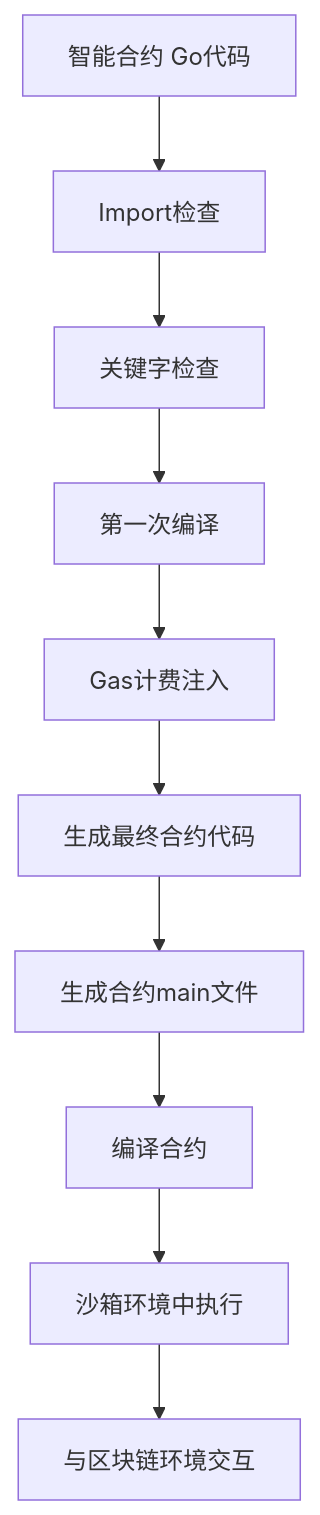
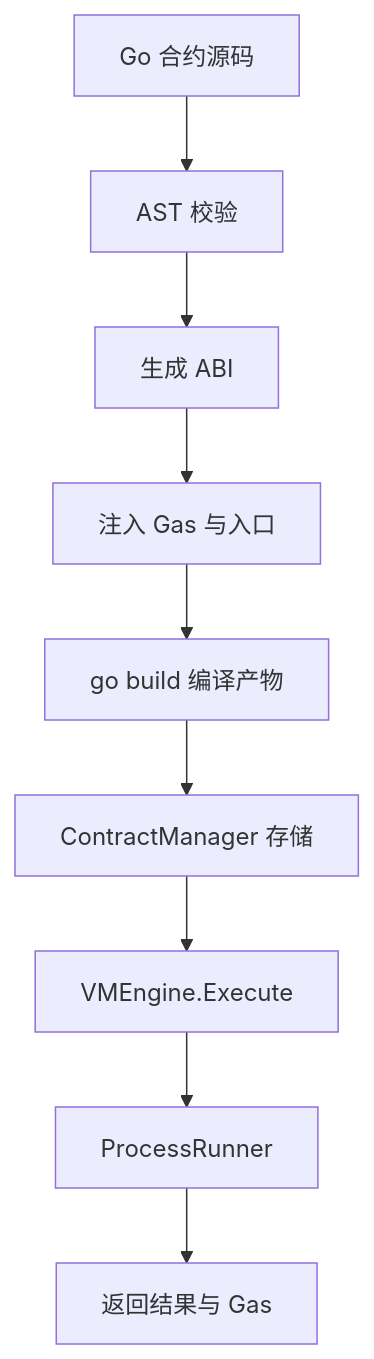
The diagram in docs/architecture.md (lengzhao/vm), drawn with Mermaid before and after one commit. The commit also changed other lines of this file and 27 other files, not shown here.

````diff
--- a/docs/architecture.md
+++ b/docs/architecture.md
@@ -17,12 +19,11 @@
 ```mermaid
-graph TD
-A[智能合约 Go代码] --> B[Import检查]
-B --> C[关键字检查]
-C --> D[第一次编译]
-D --> E[Gas计费注入]
-E --> F[生成最终合约代码]
-F --> G[生成合约main文件]
-G --> H[编译合约]
-H --> I[沙箱环境中执行]
-I --> J[与区块链环境交互]
+flowchart TD
+    Source[Go 合约源码] --> Validate[AST 校验]
+    Validate --> ABI[生成 ABI]
+    ABI --> Gas[注入 Gas 与入口]
+    Gas --> Build[go build 编译产物]
+    Build --> Store[ContractManager 存储]
+    Store --> Execute[VMEngine.Execute]
+    Execute --> Runner[ProcessRunner]
+    Runner --> Result[返回结果与 Gas]
 ```
````
